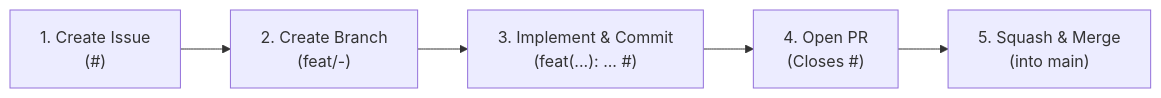
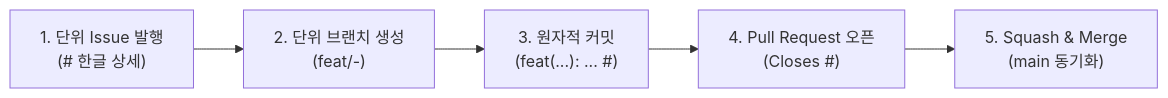
Before and after one commit to kwonjjinho/agentRules: the diagram in .cursor/rules/11-github-lifecycle-management.mdc, drawn with Mermaid. The commit also changed other lines of this file and 9 other files, not shown here.

````diff
--- a/.cursor/rules/11-github-lifecycle-management.mdc
+++ b/.cursor/rules/11-github-lifecycle-management.mdc
@@ -13,7 +13,7 @@
 ```mermaid
 flowchart LR
-    A["1. Create Issue\n(#<id>)"] --> B["2. Create Branch\n(feat/<id>-<slug>)"]
-    B --> C["3. Implement & Commit\n(feat(...): ... #<id>)"]
-    C --> D["4. Open PR\n(Closes #<id>)"]
-    D --> E["5. Squash & Merge\n(into main)"]
+    A["1. 단위 Issue 발행\n(#<id> 한글 상세)"] --> B["2. 단위 브랜치 생성\n(feat/<id>-<slug>)"]
+    B --> C["3. 원자적 커밋\n(feat(...): ... #<id>)"]
+    C --> D["4. Pull Request 오픈\n(Closes #<id>)"]
+    D --> E["5. Squash & Merge\n(main 동기화)"]
 ```
````
